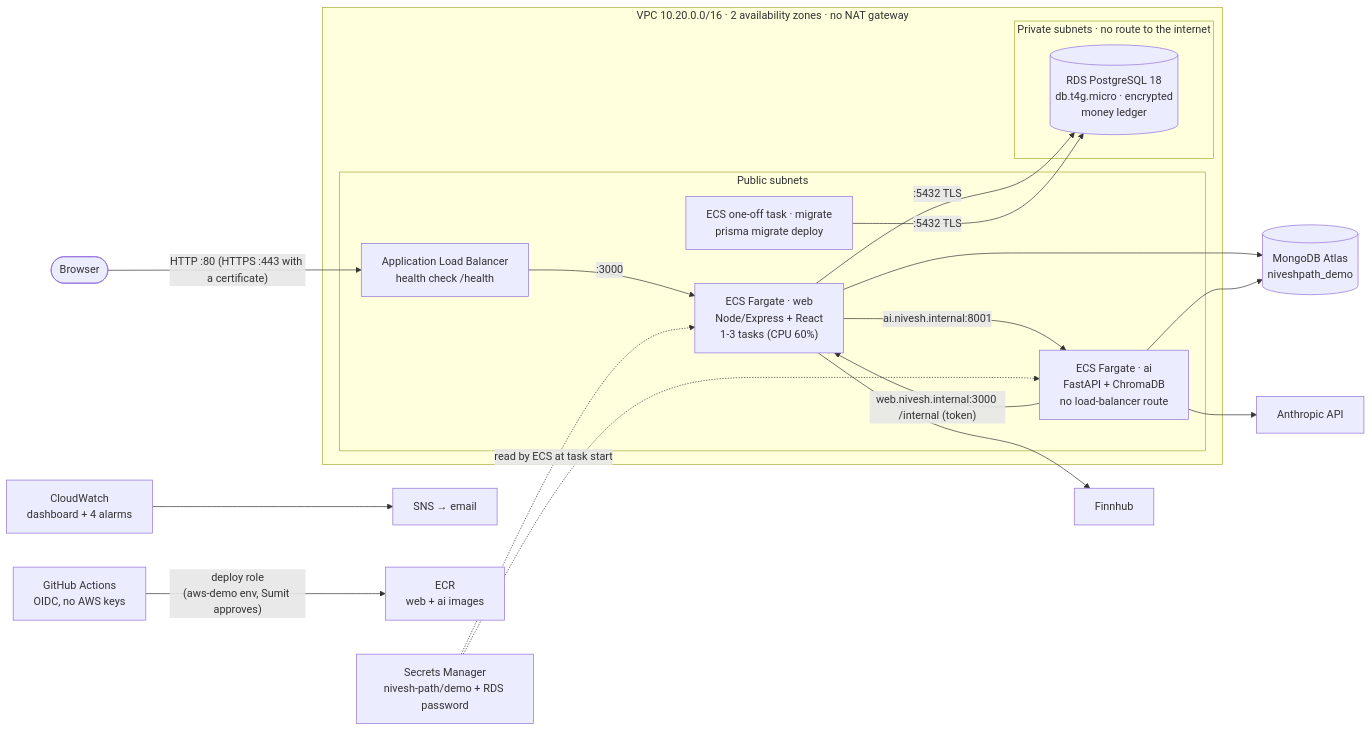
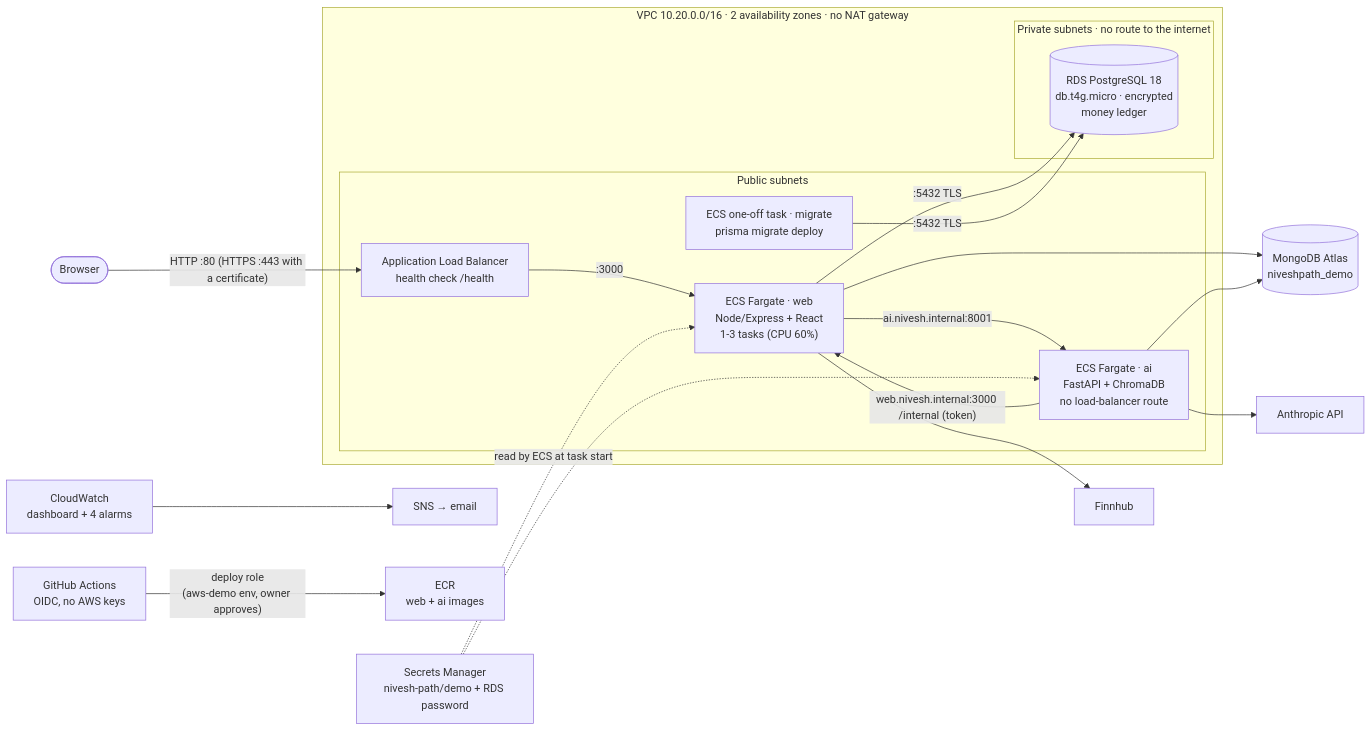
The first of 2 diagrams in docs/AWS.md (sumitparmar19/Nivesh-Path), drawn with Mermaid before and after one commit. The commit also changed other lines of this file and 76 other files, not shown here.

````diff
--- a/docs/AWS.md
+++ b/docs/AWS.md
@@ -22,30 +25,30 @@
 ```mermaid
 flowchart LR
   user([Browser]) -->|"HTTP :80 (HTTPS :443 with a certificate)"| alb
 
   subgraph vpc["VPC 10.20.0.0/16 · 2 availability zones · no NAT gateway"]
     subgraph pub["Public subnets"]
       alb["Application Load Balancer<br/>health check /health"]
       web["ECS Fargate · web<br/>Node/Express + React<br/>1-3 tasks (CPU 60%)"]
       ai["ECS Fargate · ai<br/>FastAPI + ChromaDB<br/>no load-balancer route"]
       mig["ECS one-off task · migrate<br/>prisma migrate deploy"]
     end
     subgraph priv["Private subnets · no route to the internet"]
       rds[("RDS PostgreSQL 18<br/>db.t4g.micro · encrypted<br/>money ledger")]
     end
     alb -->|":3000"| web
     web -->|"ai.nivesh.internal:8001"| ai
     ai -->|"web.nivesh.internal:3000 /internal (token)"| web
     web -->|":5432 TLS"| rds
     mig -->|":5432 TLS"| rds
   end
 
   web --> atlas[("MongoDB Atlas<br/>niveshpath_demo")]
   ai --> atlas
   web --> finnhub["Finnhub"]
   ai --> anthropic["Anthropic API"]
   sm["Secrets Manager<br/>nivesh-path/demo + RDS password"] -.->|"read by ECS at task start"| web
   sm -.-> ai
   cw["CloudWatch<br/>dashboard + 4 alarms"] --> sns["SNS → email"]
-  gh["GitHub Actions<br/>OIDC, no AWS keys"] -->|"deploy role<br/>(aws-demo env, Sumit approves)"| ecr["ECR<br/>web + ai images"]
+  gh["GitHub Actions<br/>OIDC, no AWS keys"] -->|"deploy role<br/>(aws-demo env, owner approves)"| ecr["ECR<br/>web + ai images"]
 ```
````
